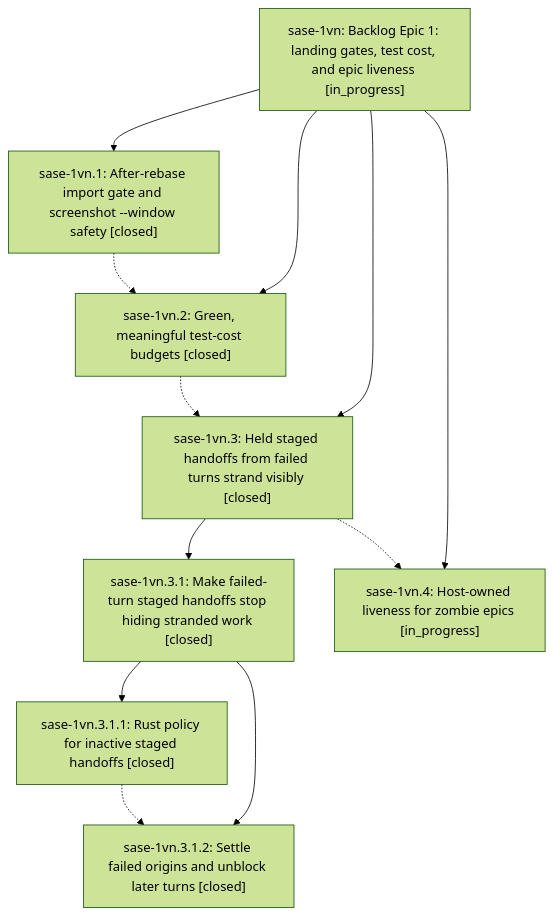
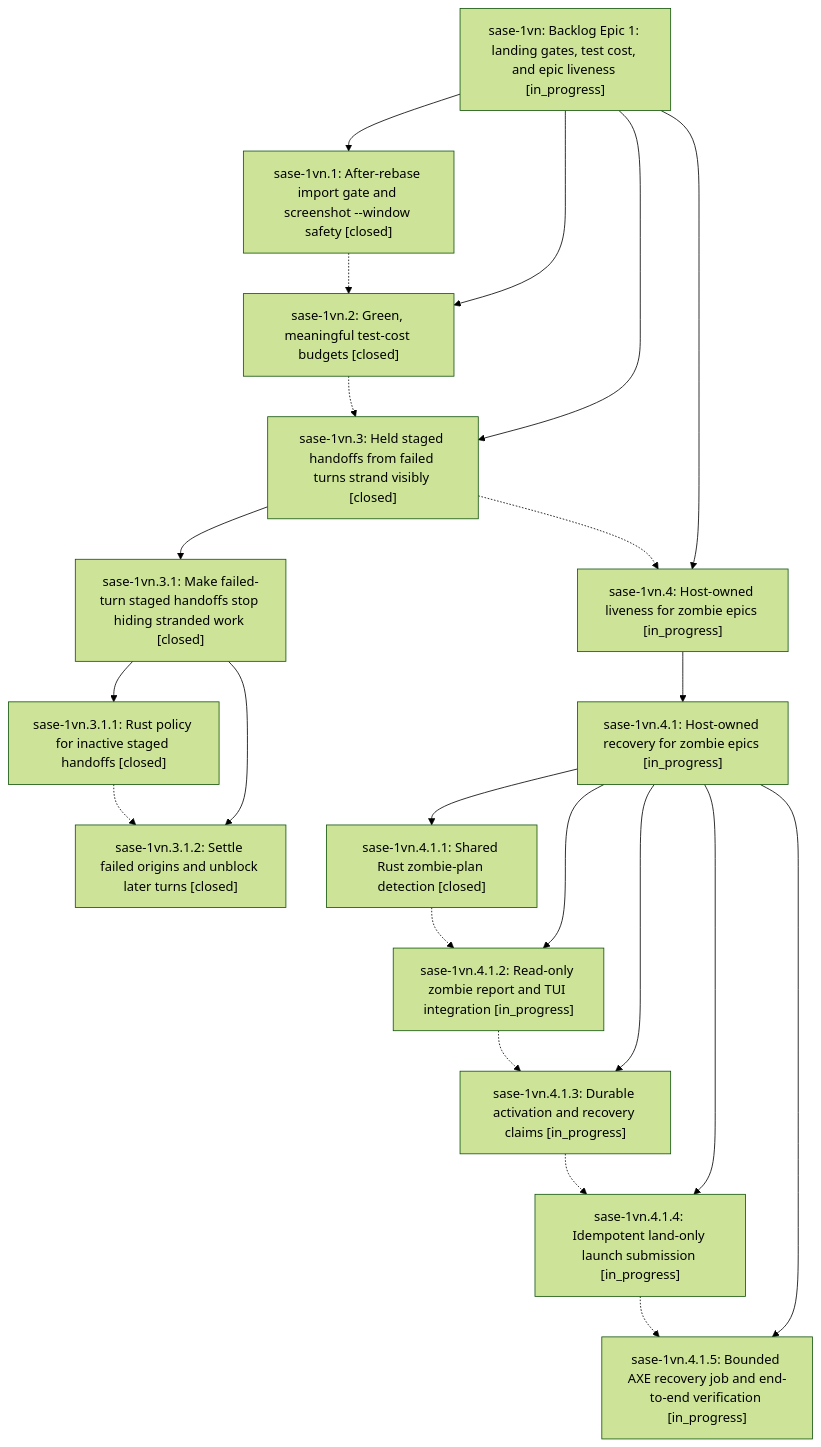
The diagram in pages/sase-1vn/README.md (sase-org/sase--beads), drawn with Mermaid (forest theme) before and after one commit. The commit also changed other lines of this file and 7 other files, not shown here.

````diff
--- a/pages/sase-1vn/README.md
+++ b/pages/sase-1vn/README.md
@@ -41,22 +41,38 @@
 ```mermaid
 flowchart TD
     n0["sase-1vn: Backlog Epic 1: landing gates, test cost, and epic liveness [in_progress]"]
     n1["sase-1vn.1: After-rebase import gate and screenshot --window safety [closed]"]
     n2["sase-1vn.2: Green, meaningful test-cost budgets [closed]"]
     n3["sase-1vn.3: Held staged handoffs from failed turns strand visibly [closed]"]
     n4["sase-1vn.3.1: Make failed-turn staged handoffs stop hiding stranded work [closed]"]
     n5["sase-1vn.3.1.1: Rust policy for inactive staged handoffs [closed]"]
     n6["sase-1vn.3.1.2: Settle failed origins and unblock later turns [closed]"]
     n7["sase-1vn.4: Host-owned liveness for zombie epics [in_progress]"]
+    n8["sase-1vn.4.1: Host-owned recovery for zombie epics [in_progress]"]
+    n9["sase-1vn.4.1.1: Shared Rust zombie-plan detection [closed]"]
+    n10["sase-1vn.4.1.2: Read-only zombie report and TUI integration [in_progress]"]
+    n11["sase-1vn.4.1.3: Durable activation and recovery claims [in_progress]"]
+    n12["sase-1vn.4.1.4: Idempotent land-only launch submission [in_progress]"]
+    n13["sase-1vn.4.1.5: Bounded AXE recovery job and end-to-end verification [in_progress]"]
     n0 --> n1
     n0 --> n2
     n0 --> n3
     n3 --> n4
     n4 --> n5
     n4 --> n6
     n0 --> n7
+    n7 --> n8
+    n8 --> n9
+    n8 --> n10
+    n8 --> n11
+    n8 --> n12
+    n8 --> n13
     n1 -.-> n2
     n2 -.-> n3
     n3 -.-> n7
     n5 -.-> n6
+    n9 -.-> n10
+    n10 -.-> n11
+    n11 -.-> n12
+    n12 -.-> n13
 ```
````
